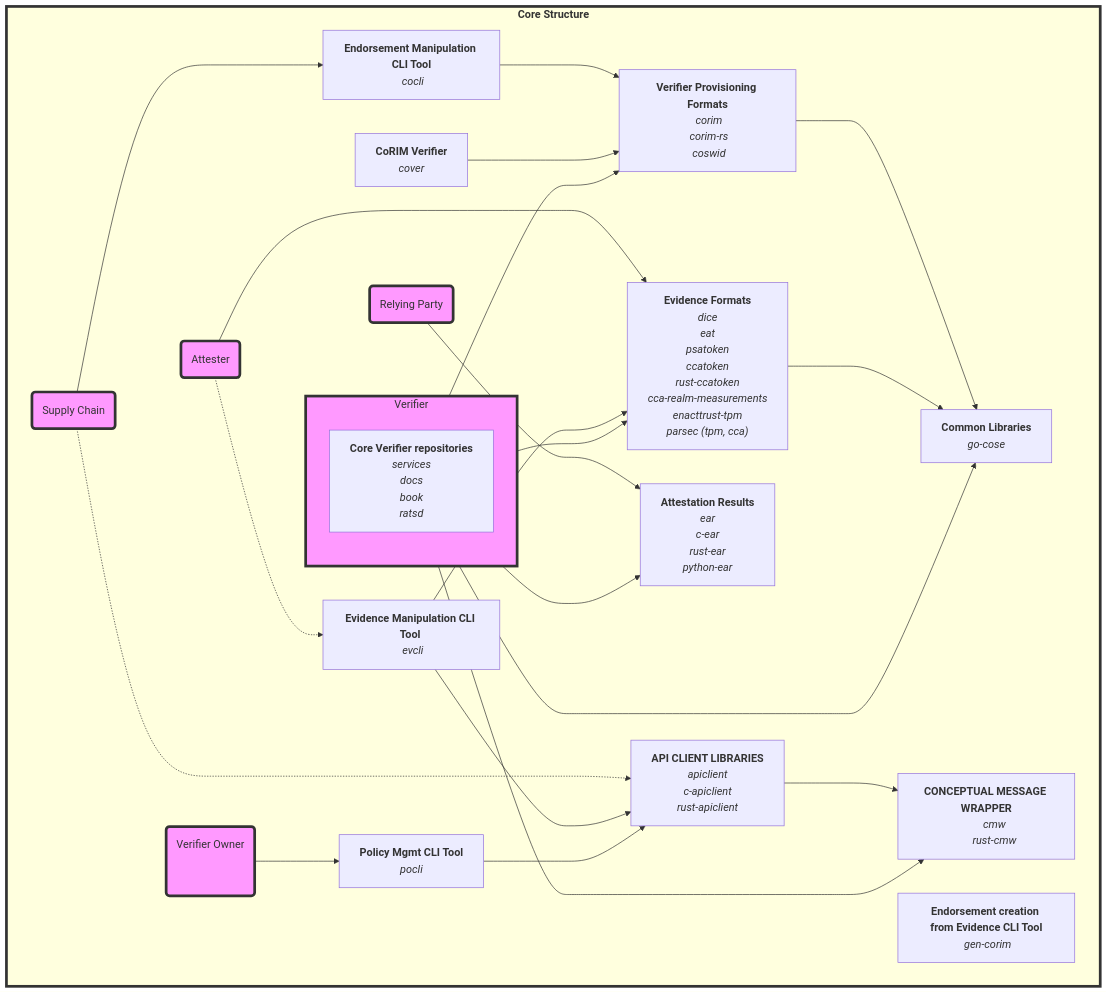
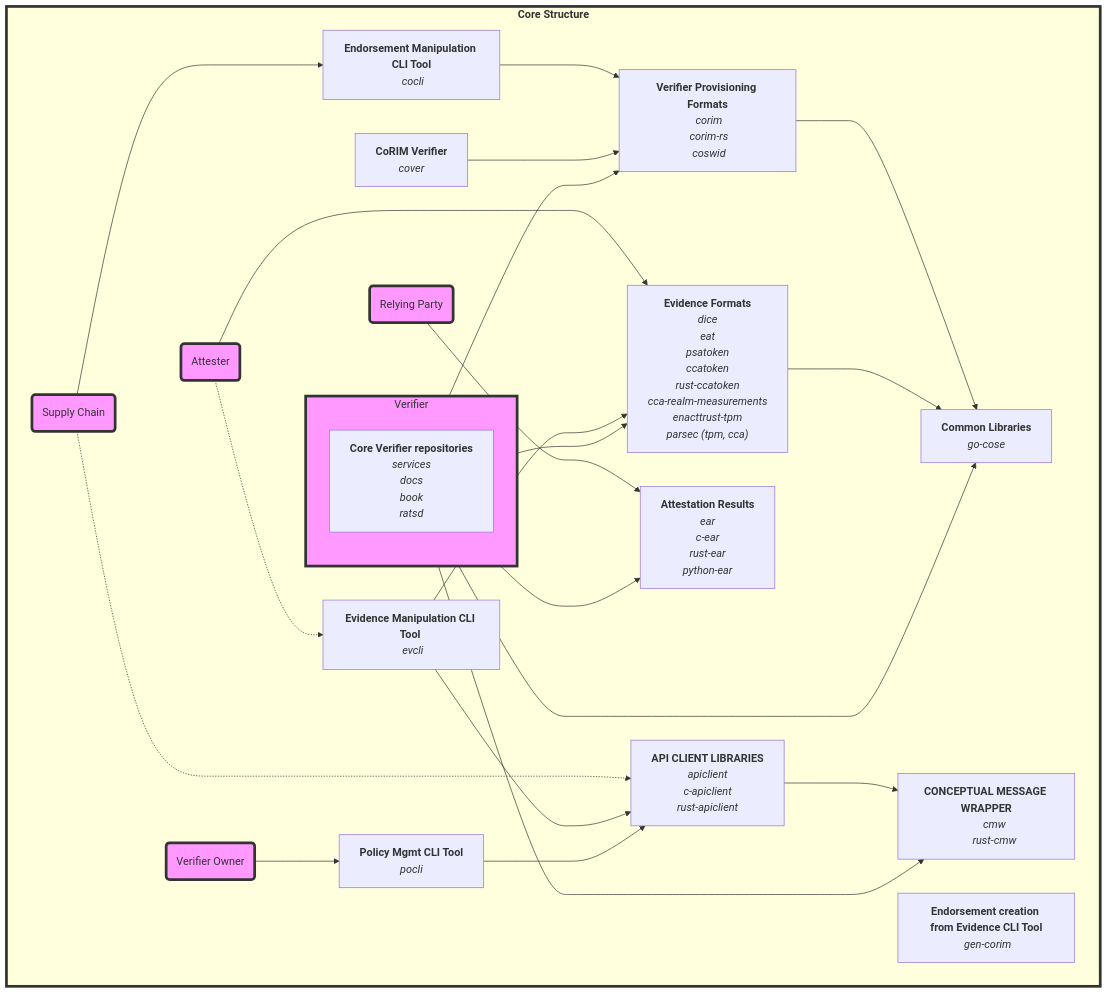
Before and after one commit to veraison/docs: the second of 3 diagrams in repo-guide.md, drawn with Mermaid.

Commit message:
fix: remove extra newlines from Verifier Owner box in mermaid diagram
- Clean up formatting in Verifier Owner role box
- Addresses reviewer feedback about extra \n in role boxes

```diff
--- a/repo-guide.md
+++ b/repo-guide.md
@@ -217,8 +217,7 @@
 POCLI["<b>Policy Mgmt CLI Tool</b>
       <i>pocli</i>"]
 
-VO("Verifier Owner  \n
-                \n")
+VO("Verifier Owner")
 style VO fill:#f9f,stroke:#333,stroke-width:4px
 
 VO --> POCLI
```
